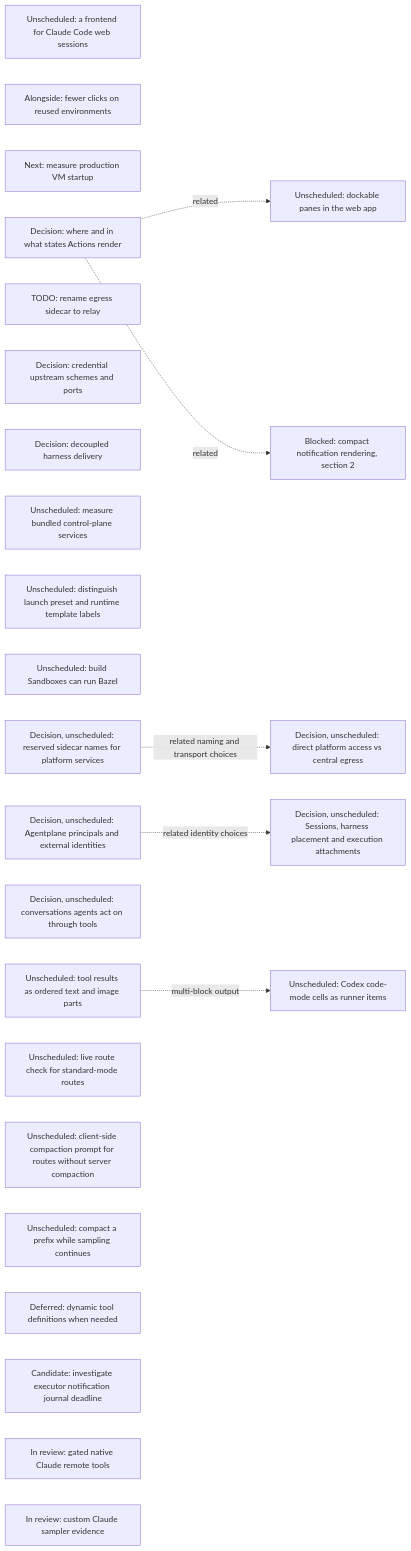
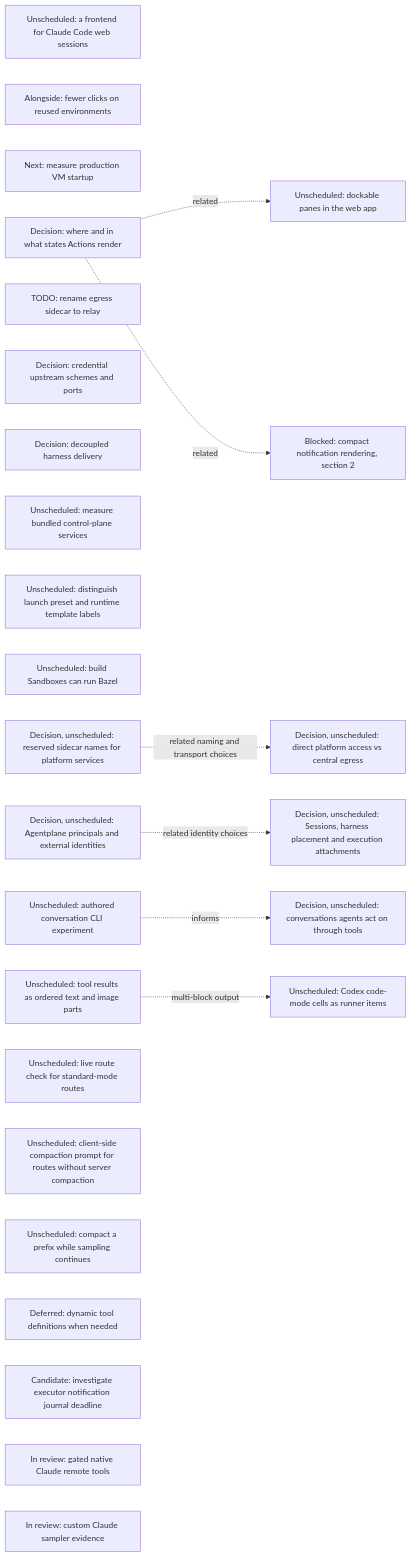
The sixth of 18 diagrams in agentplane/plans/task_dag.md (agentydragon/ducktape), drawn with Mermaid before and after one commit. The commit also changed other lines of this file and 2 other files, not shown here.

Commit message:
agentplane: specify authored conversation CLI experiment

````diff
--- a/agentplane/plans/task_dag.md
+++ b/agentplane/plans/task_dag.md
@@ -965,33 +965,35 @@
 ```mermaid
 flowchart LR
     CLAUDE_CODE_WEB_BRIDGE[Unscheduled: a frontend for Claude Code web sessions]
     SESSION_LAUNCH_FRICTION[Alongside: fewer clicks on reused environments]
     VM_STARTUP_LATENCY[Next: measure production VM startup]
     ACTION_SURFACES_DESIGN[Decision: where and in what states Actions render]
     EGRESS_RELAY_RENAME[TODO: rename egress sidecar to relay]
     EGRESS_CREDENTIAL_TRANSPORT_DESIGN[Decision: credential upstream schemes and ports]
     RUNNER_HARNESS_DELIVERY_DESIGN[Decision: decoupled harness delivery]
     K3S_BUNDLED_SERVICES_SPIKE[Unscheduled: measure bundled control-plane services]
     DOCKABLE_PANES[Unscheduled: dockable panes in the web app]
     ACTION_SURFACES_DESIGN -. related .-> DOCKABLE_PANES
     NOTIFICATION_PRESENTATION[Blocked: compact notification rendering, section 2]
     ACTION_SURFACES_DESIGN -. related .-> NOTIFICATION_PRESENTATION
     SANDBOX_FORM_TERMINOLOGY[Unscheduled: distinguish launch preset and runtime template labels]
     BUILD_BOX_BAZEL[Unscheduled: build Sandboxes can run Bazel]
     PLATFORM_SERVICE_NAMES_DESIGN[Decision, unscheduled: reserved sidecar names for platform services]
     PLATFORM_SERVICE_ROUTING_DESIGN[Decision, unscheduled: direct platform access vs central egress]
     PLATFORM_SERVICE_NAMES_DESIGN -. related naming and transport choices .-> PLATFORM_SERVICE_ROUTING_DESIGN
     SESSION_RUNTIME_MODEL_DESIGN[Decision, unscheduled: Sessions, harness placement and execution attachments]
     AGENT_PRINCIPAL_MODEL_DESIGN[Decision, unscheduled: Agentplane principals and external identities]
     AGENT_PRINCIPAL_MODEL_DESIGN -. related identity choices .-> SESSION_RUNTIME_MODEL_DESIGN
     AGENT_AUTHORED_CONVERSATIONS_DESIGN[Decision, unscheduled: conversations agents act on through tools]
+    AGENT_AUTHORED_CONVERSATIONS_EXPERIMENT[Unscheduled: authored conversation CLI experiment]
+    AGENT_AUTHORED_CONVERSATIONS_EXPERIMENT -. informs .-> AGENT_AUTHORED_CONVERSATIONS_DESIGN
     STRUCTURED_TOOL_OUTPUT[Unscheduled: tool results as ordered text and image parts]
     STRUCTURED_TOOL_OUTPUT -. multi-block output .-> CODEX_CODE_MODE_CELLS[Unscheduled: Codex code-mode cells as runner items]
     CENTRAL_SAMPLER_MODEL_CAPABILITIES[Unscheduled: live route check for standard-mode routes]
     CENTRAL_SAMPLER_PROMPT_COMPACTION[Unscheduled: client-side compaction prompt for routes without server compaction]
     CENTRAL_SAMPLER_BACKGROUND_COMPACTION[Unscheduled: compact a prefix while sampling continues]
     CENTRAL_SAMPLER_DYNAMIC_TOOLS[Deferred: dynamic tool definitions when needed]
     SAMPLER_NOTIFICATION_JOURNAL[Candidate: investigate executor notification journal deadline]
     CLAUDE_REMOTE_EXECUTION_SPIKE[In review: gated native Claude remote tools]
     CLAUDE_CUSTOM_SAMPLER[In review: custom Claude sampler evidence]
 ```
````
